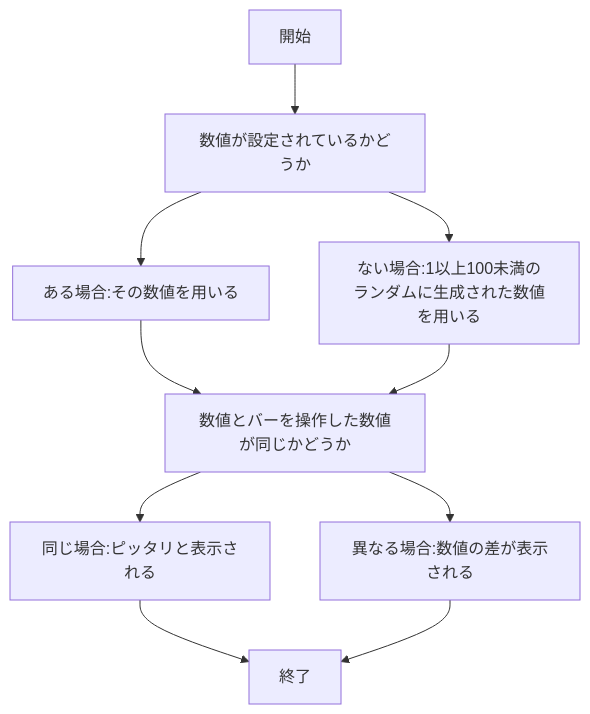
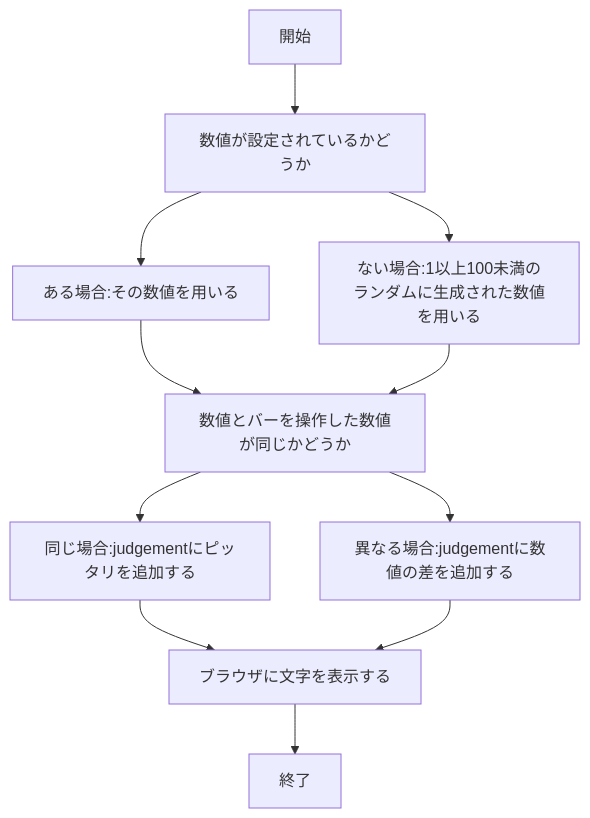
One commit to nyanko12/webpro_06 changed the seventh of 7 diagrams in README.md. Above: the diagram before and after it, drawn with Mermaid. The commit also changed other lines of this file, not shown here.

````diff
--- a/README.md
+++ b/README.md
@@ -142,12 +342,13 @@
 ```mermaid
 flowchart TD;
 開始 --> 数値が設定されているかどうか;
 数値が設定されているかどうか --> ある場合:その数値を用いる;
 数値が設定されているかどうか --> ない場合:1以上100未満のランダムに生成された数値を用いる;
 ある場合:その数値を用いる --> 数値とバーを操作した数値が同じかどうか;
 ない場合:1以上100未満のランダムに生成された数値を用いる --> 数値とバーを操作した数値が同じかどうか;
-数値とバーを操作した数値が同じかどうか --> 同じ場合:ピッタリと表示される;
-数値とバーを操作した数値が同じかどうか --> 異なる場合:数値の差が表示される;
-同じ場合:ピッタリと表示される --> 終了;
-異なる場合:数値の差が表示される --> 終了;
+数値とバーを操作した数値が同じかどうか --> 同じ場合:judgementにピッタリを追加する;
+数値とバーを操作した数値が同じかどうか --> 異なる場合:judgementに数値の差を追加する;
+同じ場合:judgementにピッタリを追加する --> ブラウザに文字を表示する;
+異なる場合:judgementに数値の差を追加する --> ブラウザに文字を表示する;
+ブラウザに文字を表示する --> 終了;
 ```
````
